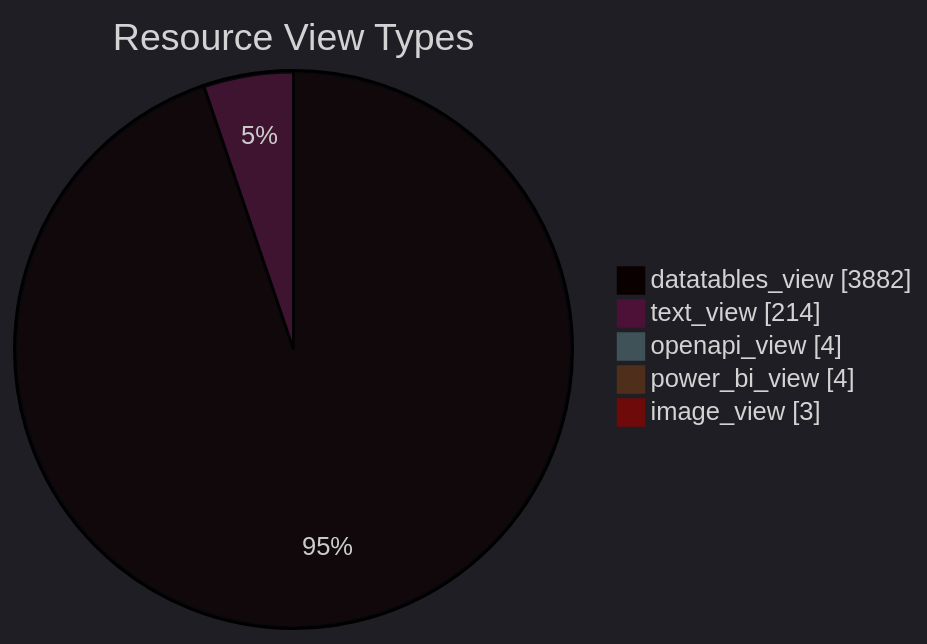
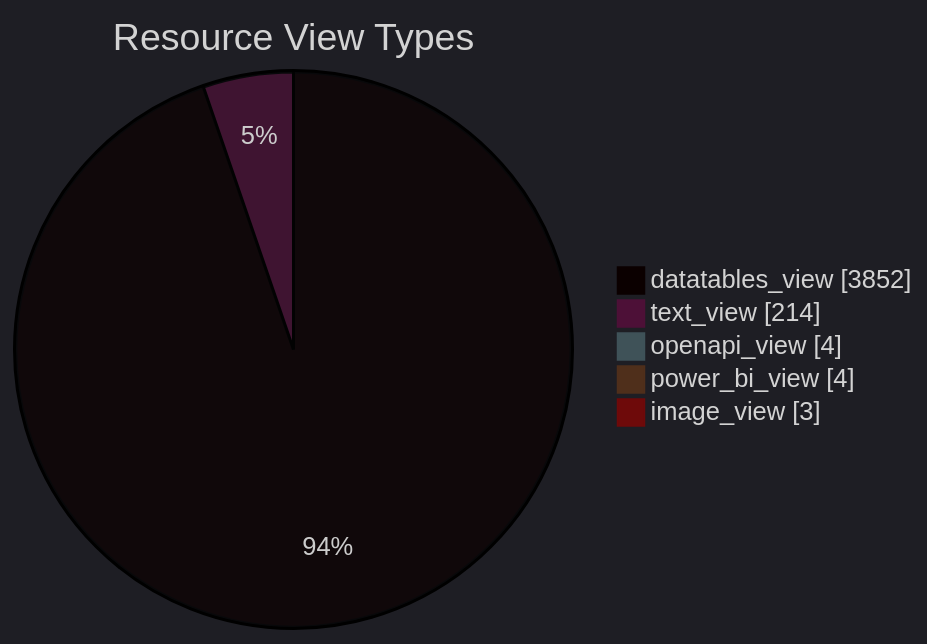
The diagram in datastore_tracker/resource_view_types_pie_chart.md (open-data/analytics-corporate-reporting), drawn with Mermaid before and after one commit. The commit also changed 11 other files, not shown here.

````diff
--- a/datastore_tracker/resource_view_types_pie_chart.md
+++ b/datastore_tracker/resource_view_types_pie_chart.md
@@ -2,12 +2,12 @@
 ```mermaid
 ---
 config:
   theme: dark
 ---
 pie showData title Resource View Types
-    "datatables_view": 3882
+    "datatables_view": 3852
     "text_view": 214
     "openapi_view": 4
     "power_bi_view": 4
     "image_view": 3
 ```
````
